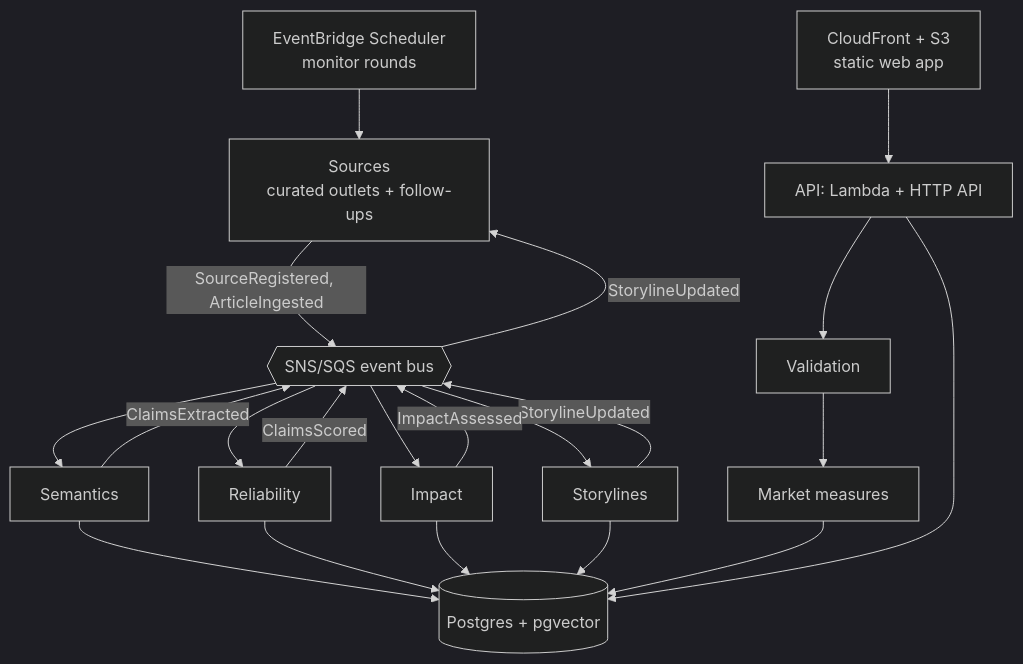
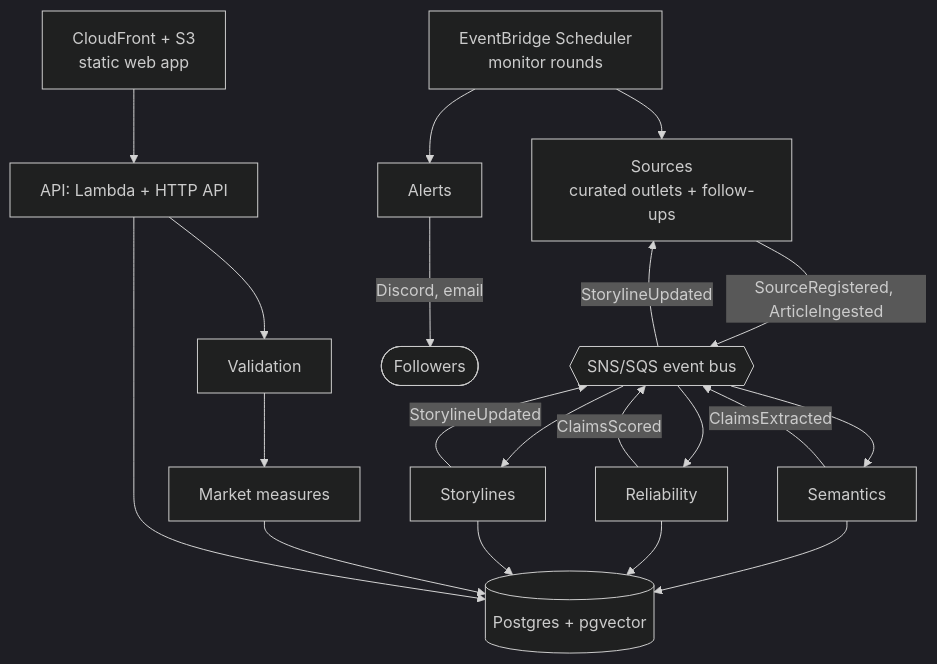
One commit to Inspiring-Ming/NewsImpact changed the second of 2 diagrams in docs/03-architecture.md. Above: the diagram before and after it, drawn with Mermaid (dark theme). The commit also changed other lines of this file and 52 other files, not shown here.

````diff
--- a/docs/03-architecture.md
+++ b/docs/03-architecture.md
@@ -22,15 +22,15 @@
 ```mermaid
 flowchart TB
   cdn[CloudFront + S3\nstatic web app] --> api
   sched[EventBridge Scheduler\nmonitor rounds] --> src[Sources\ncurated outlets + follow-ups]
   src -->|SourceRegistered, ArticleIngested| bus{{SNS/SQS event bus}}
   bus --> sem[Semantics] -->|ClaimsExtracted| bus
   bus --> rel[Reliability] -->|ClaimsScored| bus
   bus --> sto[Storylines] -->|StorylineUpdated| bus
-  bus --> imp[Impact] -->|ImpactAssessed| bus
   bus -->|StorylineUpdated| src
-  sem & rel & imp & sto --> db[(Postgres + pgvector)]
+  sem & rel & sto --> db[(Postgres + pgvector)]
   mkt[Market measures] --> db
   api[API: Lambda + HTTP API] --> db
   api --> val[Validation] --> mkt
+  sched --> alr[Alerts] -->|Discord, email| people([Followers])
 ```
````
